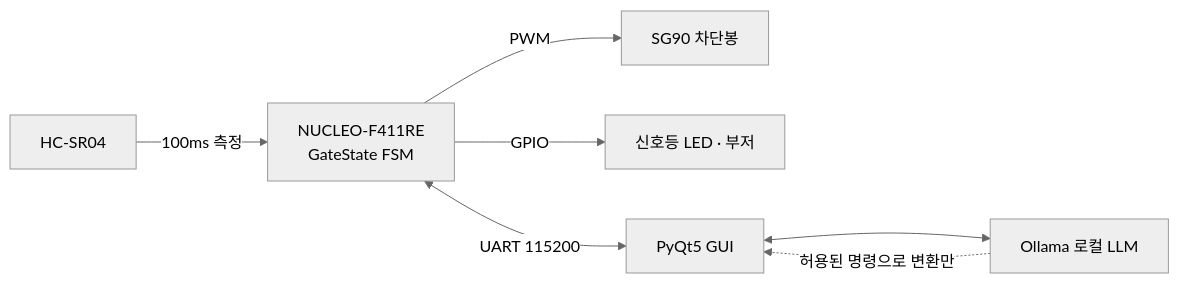
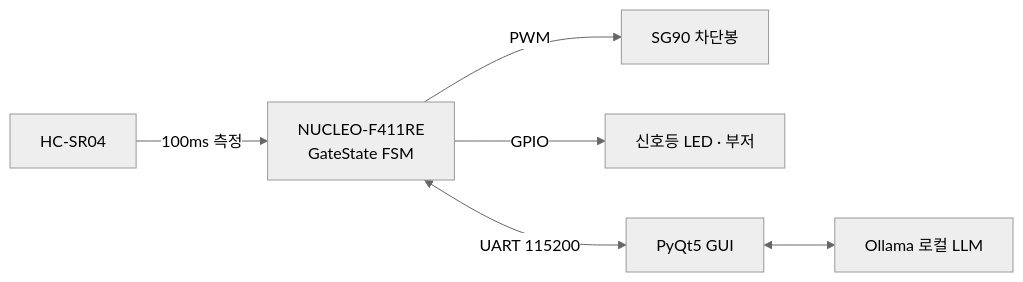
The first of 5 diagrams in README.md (minjaon/Portfolio), drawn with Mermaid (neutral theme) before and after one commit. The commit also changed other lines of this file and 79994 other files, not shown here.

````diff
--- a/README.md
+++ b/README.md
@@ -183,9 +274,8 @@
 ```mermaid
 flowchart LR
     S[HC-SR04] -->|100ms 측정| M[NUCLEO-F411RE<br/>GateState FSM]
     M -->|PWM| G[SG90 차단봉]
     M -->|GPIO| L[신호등 LED · 부저]
     M <-->|UART 115200| P[PyQt5 GUI]
     P <--> A[Ollama 로컬 LLM]
-    A -. 허용된 명령으로 변환만 .-> P
 ```
````
